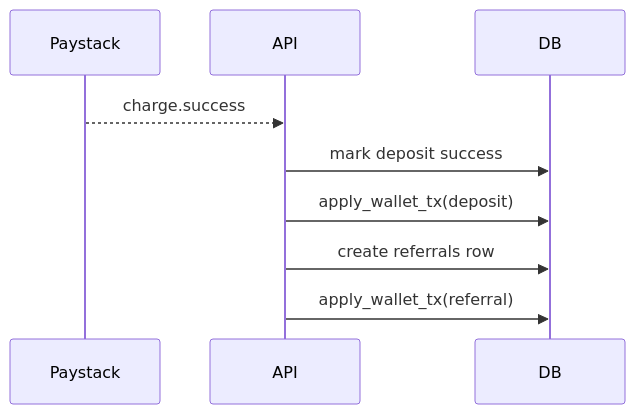
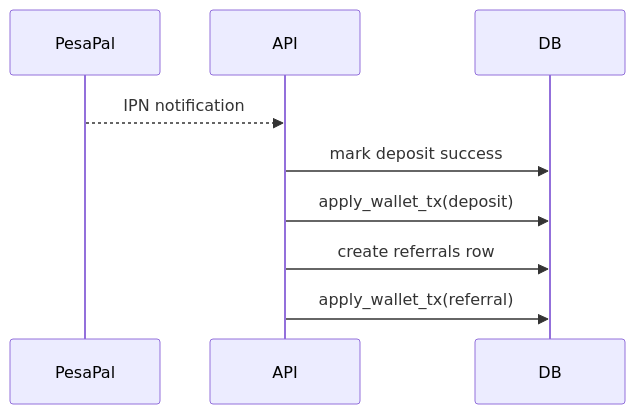
The sixth of 8 diagrams in EDDISON_FLOW.md (creativekeagency254-collab/scm-main), drawn with Mermaid before and after one commit. The commit also changed other lines of this file and 9 other files, not shown here.

````diff
--- a/EDDISON_FLOW.md
+++ b/EDDISON_FLOW.md
@@ -182,11 +182,11 @@
 ```mermaid
 sequenceDiagram
-  participant Paystack
+  participant PesaPal
   participant API
   participant DB
-  Paystack-->>API: charge.success
+  PesaPal-->>API: IPN notification
   API->>DB: mark deposit success
   API->>DB: apply_wallet_tx(deposit)
   API->>DB: create referrals row
   API->>DB: apply_wallet_tx(referral)
 ```
````
